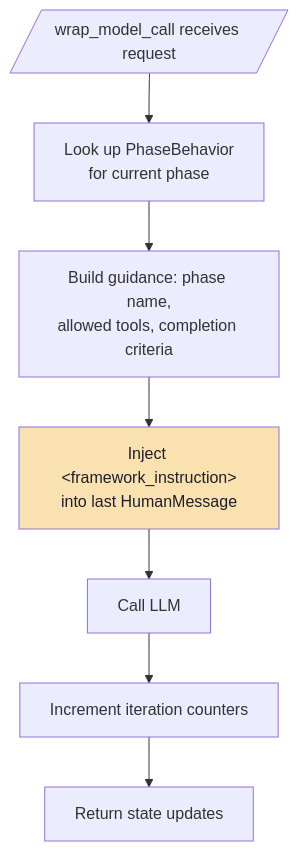
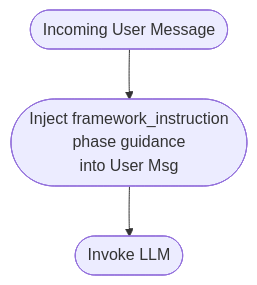
Before and after one commit to johnsosoka/code-examples: the first of 3 diagrams in python/behavior-steering-middleware/src/bsm_examples/phase_steering/DIAGRAM.md, drawn with Mermaid. The commit also changed other lines of this file and 8 other files, not shown here.

First line of the commit message:
docs: simplify diagrams to match sketch style, fix blog post accuracy

````diff
--- a/python/behavior-steering-middleware/src/bsm_examples/phase_steering/DIAGRAM.md
+++ b/python/behavior-steering-middleware/src/bsm_examples/phase_steering/DIAGRAM.md
@@ -5,11 +5,5 @@
 ```mermaid
 flowchart TD
-    A[/"wrap_model_call receives request"/] --> B["Look up PhaseBehavior<br/>for current phase"]
-    B --> C["Build guidance: phase name,<br/>allowed tools, completion criteria"]
-    C --> D["Inject &lt;framework_instruction&gt;<br/>into last HumanMessage"]
-    D --> E[Call LLM]
-    E --> F["Increment iteration counters"]
-    F --> G[Return state updates]
-
-    style D fill:#f9e2af,color:#1e1e2e
+    A(["Incoming User Message"]) --> B(["Inject framework_instruction<br/>phase guidance<br/>into User Msg"])
+    B --> C(["Invoke LLM"])
 ```
````
